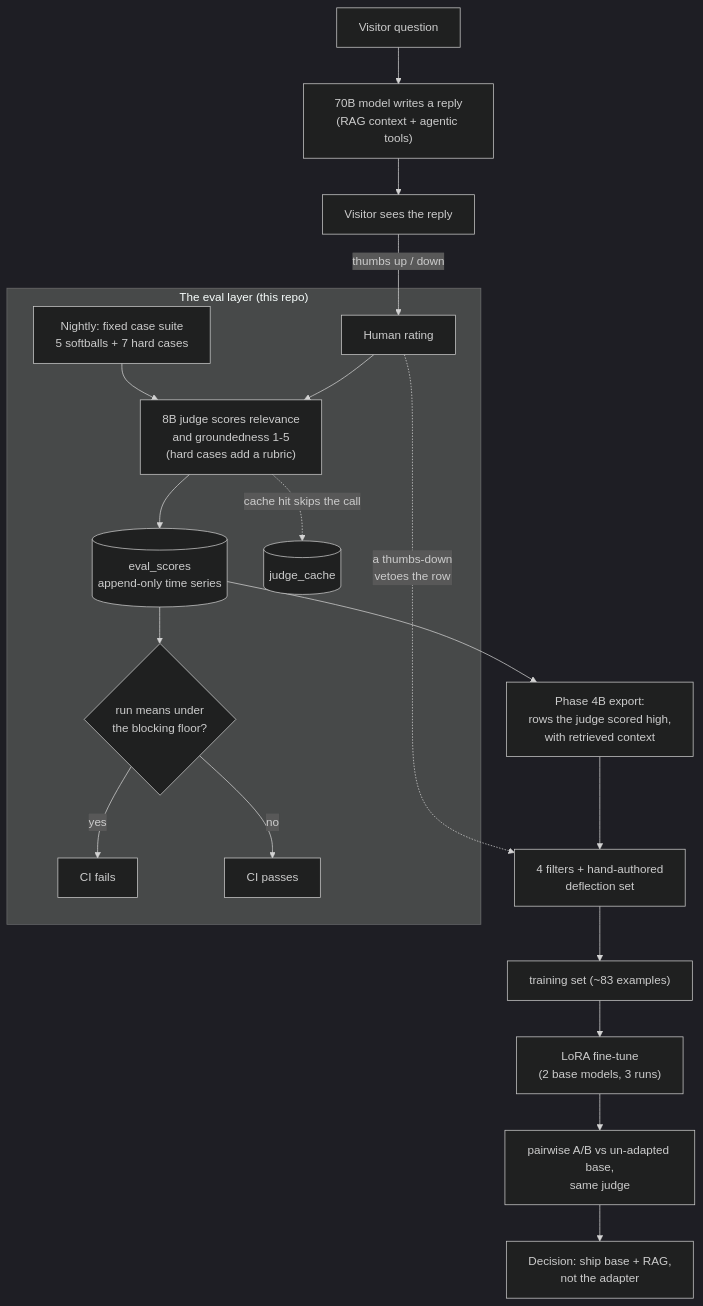
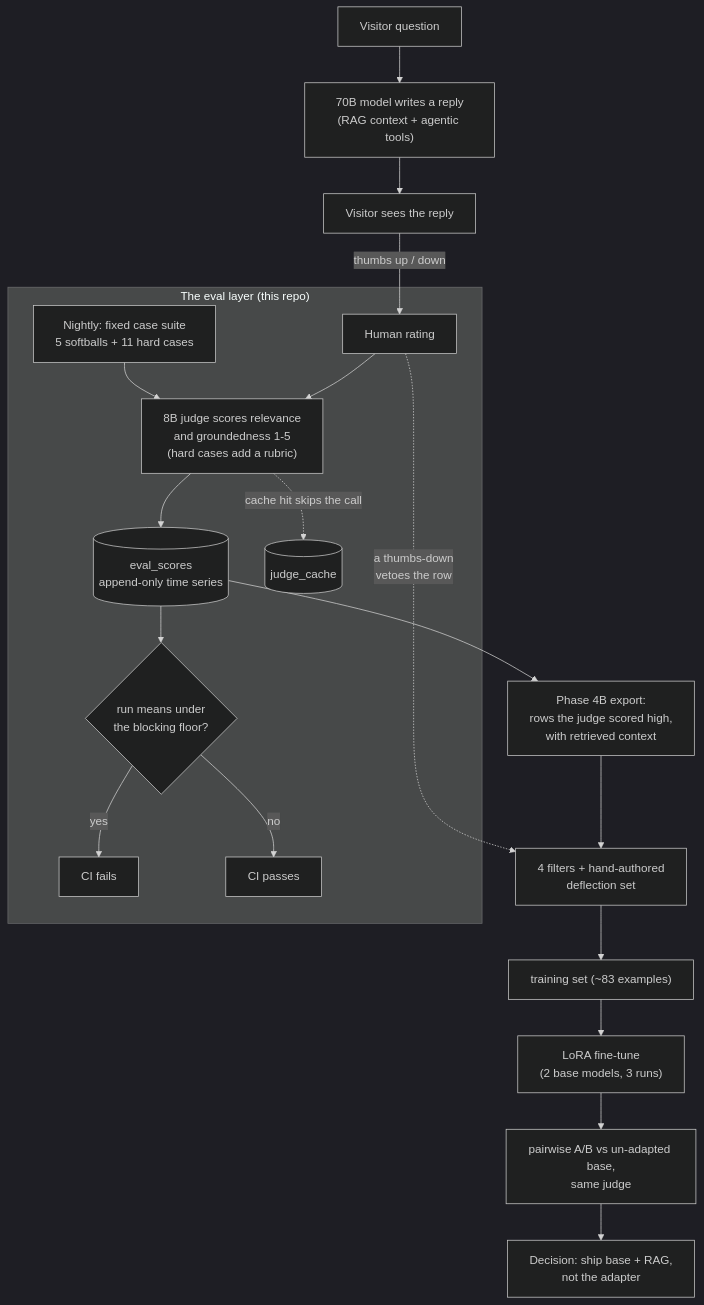
One commit to ramirez-ai-labs/ai-vic-eval changed the diagram in README.md. Above: the diagram before and after it, drawn with Mermaid (dark theme). The commit also changed other lines of this file and 4 other files, not shown here.

````diff
--- a/README.md
+++ b/README.md
@@ -41,24 +48,24 @@
 ```mermaid
 flowchart TD
     V["Visitor question"] --> R["70B model writes a reply<br/>(RAG context + agentic tools)"]
     R --> U["Visitor sees the reply"]
     U -->|"thumbs up / down"| F["Human rating"]
 
     subgraph EVAL["The eval layer (this repo)"]
-      N["Nightly: fixed case suite<br/>5 softballs + 7 hard cases"] --> J
+      N["Nightly: fixed case suite<br/>5 softballs + 11 hard cases"] --> J
       F --> J["8B judge scores relevance<br/>and groundedness 1-5<br/>(hard cases add a rubric)"]
       J --> S[("eval_scores<br/>append-only time series")]
       J -.->|"cache hit skips the call"| C[("judge_cache")]
       S --> G{"run means under<br/>the blocking floor?"}
       G -->|"yes"| FAIL["CI fails"]
       G -->|"no"| PASS["CI passes"]
     end
 
     S --> X["Phase 4B export:<br/>rows the judge scored high,<br/>with retrieved context"]
     X --> FT["4 filters + hand-authored<br/>deflection set"]
     F -.->|"a thumbs-down<br/>vetoes the row"| FT
     FT --> TR["training set (~83 examples)"]
     TR --> LORA["LoRA fine-tune<br/>(2 base models, 3 runs)"]
     LORA --> AB["pairwise A/B vs un-adapted base,<br/>same judge"]
     AB --> D["Decision: ship base + RAG,<br/>not the adapter"]
 ```
````
